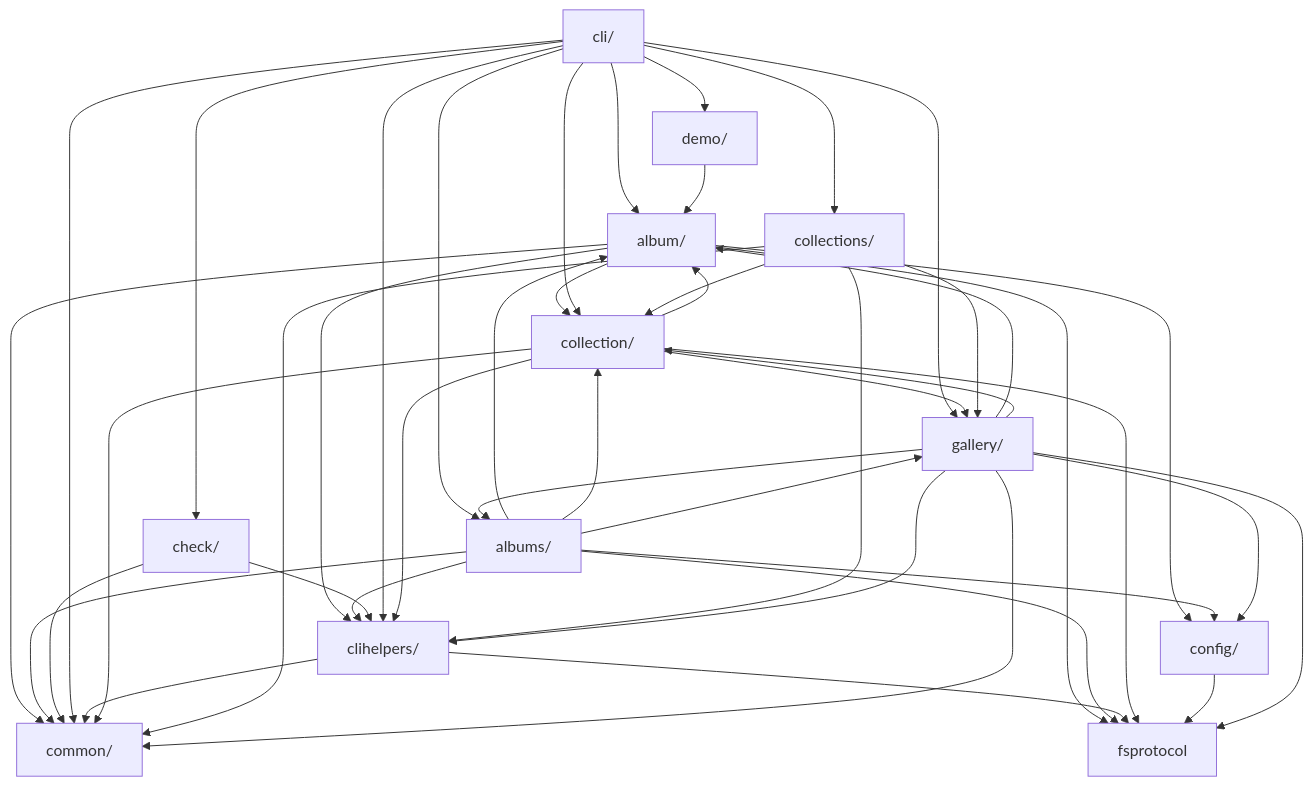
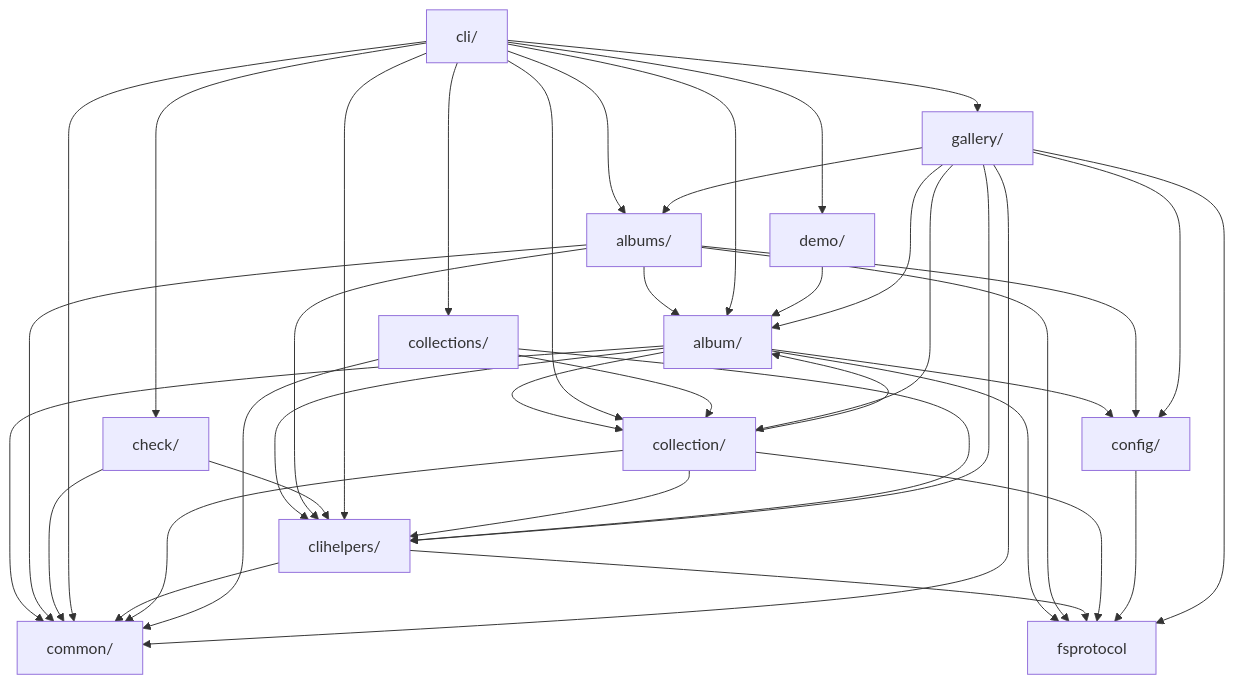
Before and after one commit to iglootools/photree: the diagram in docs/architecture.md, drawn with Mermaid. The commit also changed 22 other files, not shown here.

First line of the commit message:
refactor: break the albums<->gallery and collection<->gallery cycles

````diff
--- a/docs/architecture.md
+++ b/docs/architecture.md
@@ -17,59 +17,55 @@
 ```mermaid
 graph TD
     album["album/"]
     albums["albums/"]
     check["check/"]
     cli["cli/"]
     clihelpers["clihelpers/"]
     collection["collection/"]
     collections["collections/"]
     common["common/"]
     config["config/"]
     demo["demo/"]
     fsprotocol["fsprotocol"]
     gallery["gallery/"]
 
     album --> clihelpers
     album --> collection
     album --> common
     album --> config
     album --> fsprotocol
     albums --> album
     albums --> clihelpers
-    albums --> collection
     albums --> common
     albums --> config
     albums --> fsprotocol
-    albums --> gallery
     check --> clihelpers
     check --> common
     cli --> album
     cli --> albums
     cli --> check
     cli --> clihelpers
     cli --> collection
     cli --> collections
     cli --> common
     cli --> demo
     cli --> gallery
     clihelpers --> common
     clihelpers --> fsprotocol
     collection --> album
     collection --> clihelpers
     collection --> common
     collection --> fsprotocol
-    collection --> gallery
     collections --> clihelpers
     collections --> collection
     collections --> common
-    collections --> gallery
     config --> fsprotocol
     demo --> album
     gallery --> album
     gallery --> albums
     gallery --> clihelpers
     gallery --> collection
     gallery --> common
     gallery --> config
     gallery --> fsprotocol
 ```
````
